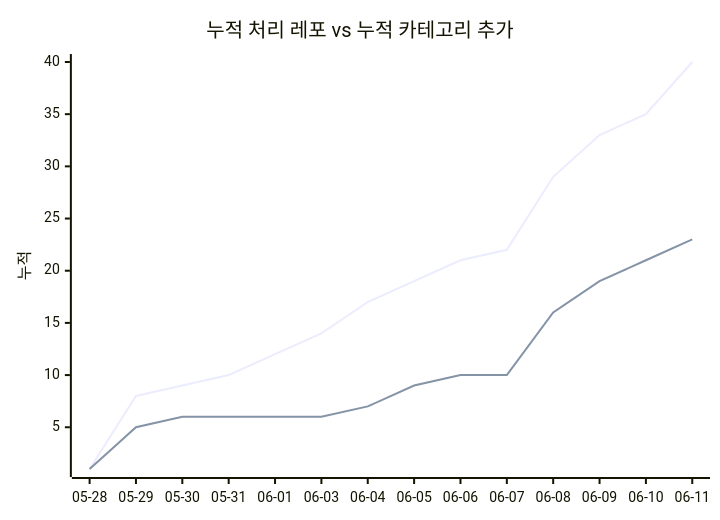
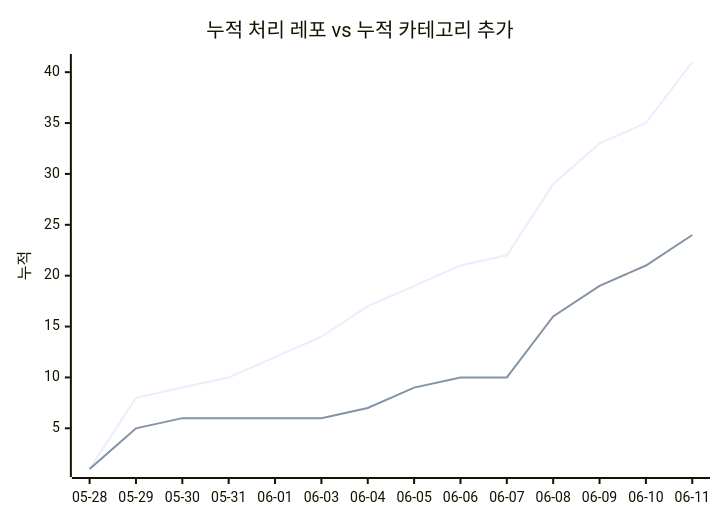
Before and after one commit to J-nowcow/awesome-korean-agent-skills: the second of 2 diagrams in docs/trends.md, drawn with Mermaid. The commit also changed other lines of this file and 3 other files, not shown here.

````diff
--- a/docs/trends.md
+++ b/docs/trends.md
@@ -68,8 +68,8 @@
 ```mermaid
 xychart-beta
     title "누적 처리 레포 vs 누적 카테고리 추가"
     x-axis ["05-28","05-29","05-30","05-31","06-01","06-03","06-04","06-05","06-06","06-07","06-08","06-09","06-10","06-11"]
     y-axis "누적"
-    line [1,8,9,10,12,14,17,19,21,22,29,33,35,40]
-    line [1,5,6,6,6,6,7,9,10,10,16,19,21,23]
+    line [1,8,9,10,12,14,17,19,21,22,29,33,35,41]
+    line [1,5,6,6,6,6,7,9,10,10,16,19,21,24]
 ```
````
